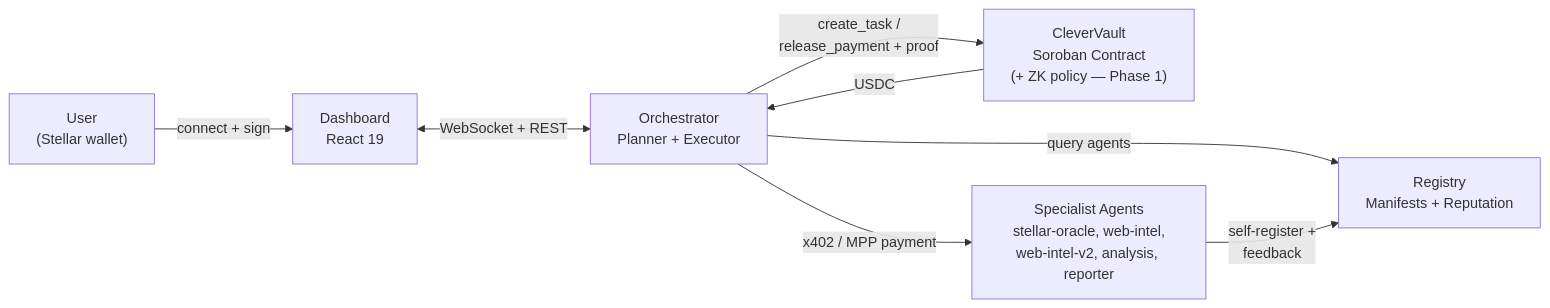
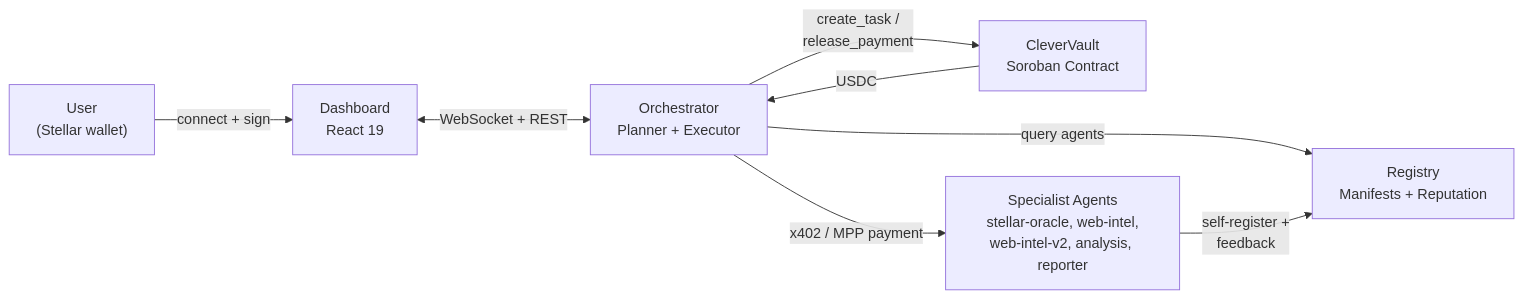
The first of 3 diagrams in docs/architecture.md (BountySpaghetti/clevercon), drawn with Mermaid before and after one commit. The commit also changed other lines of this file and 6 other files, not shown here.

First line of the commit message:
Focus the docs on what CleverCon does today: a non-custodial vault, an orchestrator that hires agents, and payment over x402/MPP on testnet. Private spending policies are marked as roadmap, not present.

````diff
--- a/docs/architecture.md
+++ b/docs/architecture.md
@@ -15,17 +13,17 @@
 ```mermaid
 flowchart LR
     User["User\n(Stellar wallet)"]
     Dashboard["Dashboard\nReact 19"]
     Orchestrator["Orchestrator\nPlanner + Executor"]
     Registry["Registry\nManifests + Reputation"]
-    Vault["CleverVault\nSoroban Contract\n(+ ZK policy — Phase 1)"]
+    Vault["CleverVault\nSoroban Contract"]
     Agents["Specialist Agents\nstellar-oracle, web-intel,\nweb-intel-v2, analysis, reporter"]
 
     User -->|connect + sign| Dashboard
     Dashboard <-->|WebSocket + REST| Orchestrator
     Orchestrator -->|query agents| Registry
-    Orchestrator -->|create_task /\nrelease_payment + proof| Vault
+    Orchestrator -->|create_task /\nrelease_payment| Vault
     Vault -->|USDC| Orchestrator
     Orchestrator -->|x402 / MPP payment| Agents
     Agents -->|self-register +\nfeedback| Registry
 ```
````
